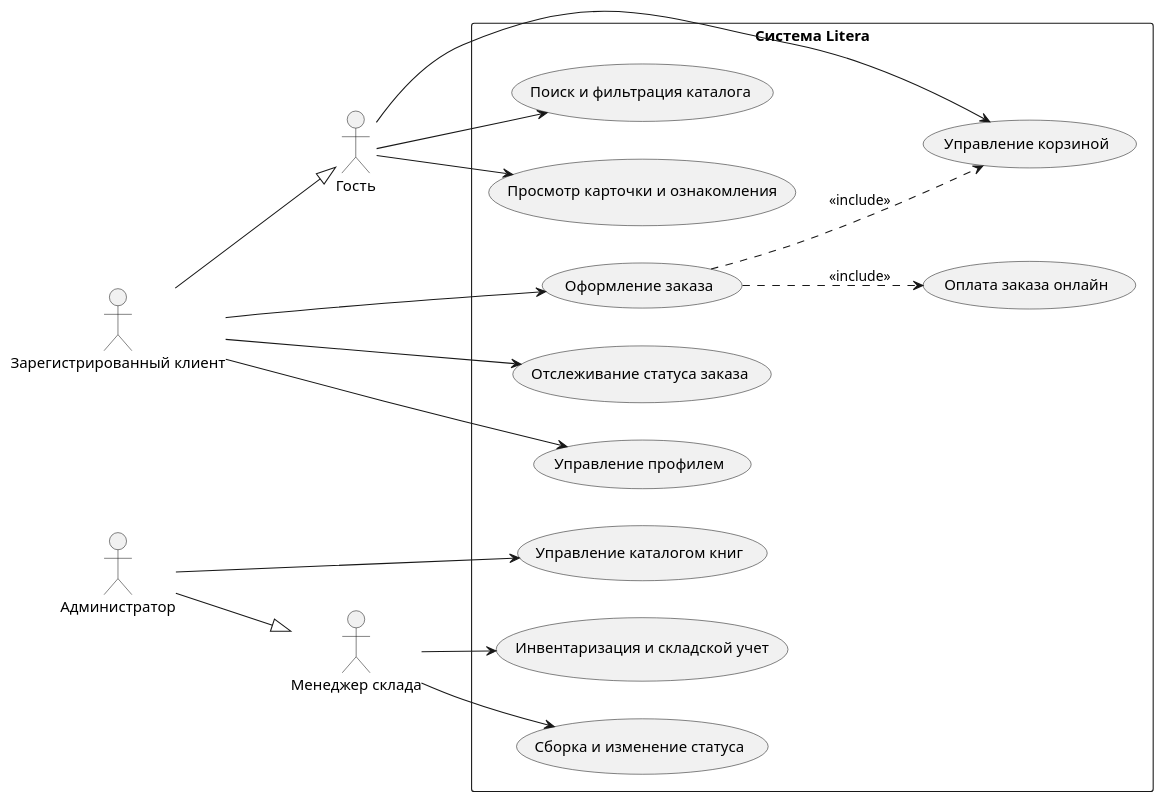
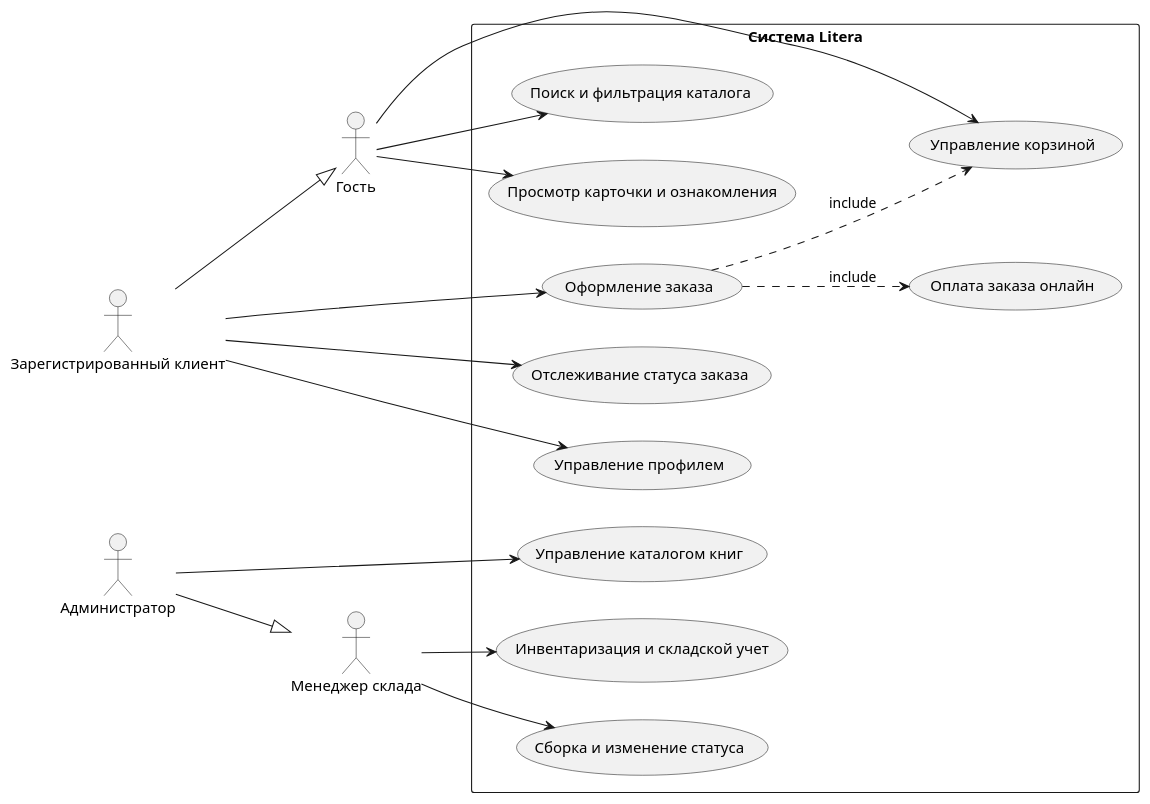
The first of 17 diagrams in docs/lab3.md (fpmi-hci-2026/Litera), drawn with PlantUML before and after one commit. The commit also changed other lines of this file, not shown here.

Commit message:
fix(docs): add markdown=1 to details tags and escape PlantUML stereotypes for Kramdown

````diff
--- a/docs/lab3.md
+++ b/docs/lab3.md
@@ -157,40 +157,40 @@
 ```plantuml
 @startuml
 left to right direction
 actor Guest as "Гость"
 actor User as "Зарегистрированный клиент"
 actor Manager as "Менеджер склада"
 actor Admin as "Администратор"
 
 rectangle "Система Litera" {
     usecase UC_Search as "Поиск и фильтрация каталога"
     usecase UC_Preview as "Просмотр карточки и ознакомления"
     usecase UC_Cart as "Управление корзиной"
     usecase UC_Checkout as "Оформление заказа"
     usecase UC_Pay as "Оплата заказа онлайн"
     usecase UC_Track as "Отслеживание статуса заказа"
     usecase UC_Profile as "Управление профилем"
     usecase UC_ManageOrders as "Сборка и изменение статуса"
     usecase UC_Inventory as "Инвентаризация и складской учет"
     usecase UC_AdminBooks as "Управление каталогом книг"
 }
 
 Guest --> UC_Search
 Guest --> UC_Preview
 Guest --> UC_Cart
 
 User --|> Guest
 User --> UC_Checkout
 User --> UC_Track
 User --> UC_Profile
 
-UC_Checkout ..> UC_Pay : <<include>>
-UC_Checkout ..> UC_Cart : <<include>>
+UC_Checkout ..> UC_Pay : «include»
+UC_Checkout ..> UC_Cart : «include»
 
 Manager --> UC_ManageOrders
 Manager --> UC_Inventory
 
 Admin --|> Manager
 Admin --> UC_AdminBooks
 @enduml
 ```
````
